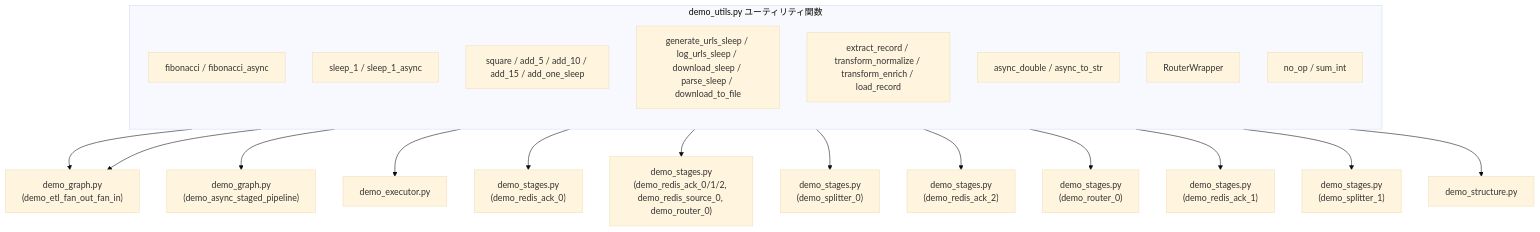
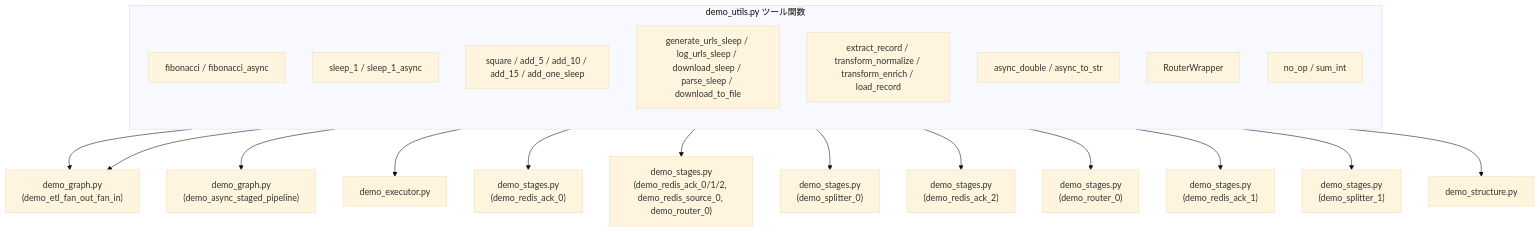
Before and after one commit to Mr-xiaotian/CelestialFlow: the diagram in docs/ja/demo/demo_utils.md, drawn with Mermaid (base theme). The commit also changed other lines of this file and 278 other files, not shown here.

````diff
--- a/docs/ja/demo/demo_utils.md
+++ b/docs/ja/demo/demo_utils.md
@@ -13,27 +13,27 @@
 ```mermaid
 flowchart TD
-    subgraph Utils["demo_utils.py ユーティリティ関数"]
+    subgraph Utils["demo_utils.py ツール関数"]
         direction TB
         Fib["fibonacci / fibonacci_async"]
         Sleep1["sleep_1 / sleep_1_async"]
         Compute["square / add_5 / add_10 / add_15 / add_one_sleep"]
         Url["generate_urls_sleep / log_urls_sleep / download_sleep / parse_sleep / download_to_file"]
         ETL["extract_record / transform_normalize / transform_enrich / load_record"]
         Async["async_double / async_to_str"]
         Router["RouterWrapper"]
         Misc["no_op / sum_int"]
     end
 
     ETL --> Graph["demo_graph.py<br/>(demo_etl_fan_out_fan_in)"]
     Async --> Graph
     Async --> GraphAsync["demo_graph.py<br/>(demo_async_staged_pipeline)"]
     Fib --> Executor["demo_executor.py"]
     Fib --> StagesRedis0["demo_stages.py<br/>(demo_redis_ack_0)"]
     Sleep1 --> StagesRedis["demo_stages.py<br/>(demo_redis_ack_0/1/2, demo_redis_source_0, demo_router_0)"]
     Url --> StagesSplitter0["demo_stages.py<br/>(demo_splitter_0)"]
     Url --> StagesRedis2["demo_stages.py<br/>(demo_redis_ack_2)"]
     Router --> StagesRouter0["demo_stages.py<br/>(demo_router_0)"]
     Misc --> StagesRedis1["demo_stages.py<br/>(demo_redis_ack_1)"]
     Misc --> StagesSplitter1["demo_stages.py<br/>(demo_splitter_1)"]
     Compute --> Structure["demo_structure.py"]
 ```
````
